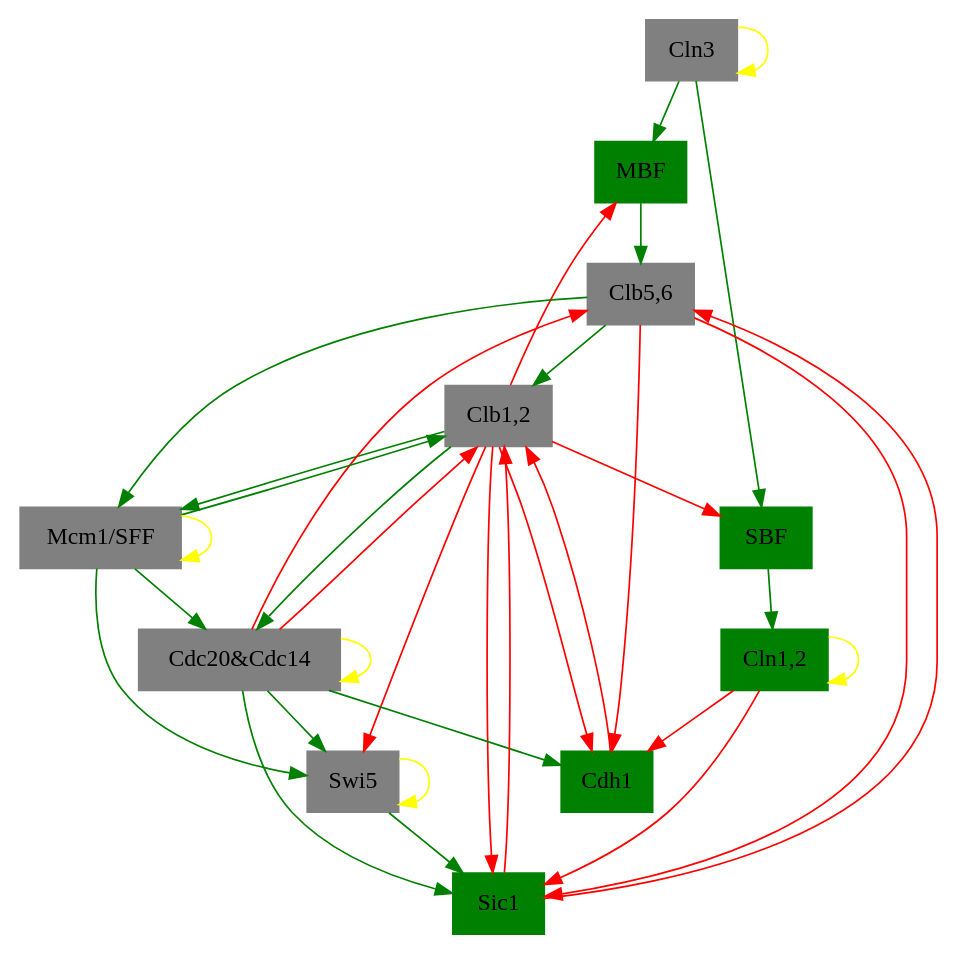
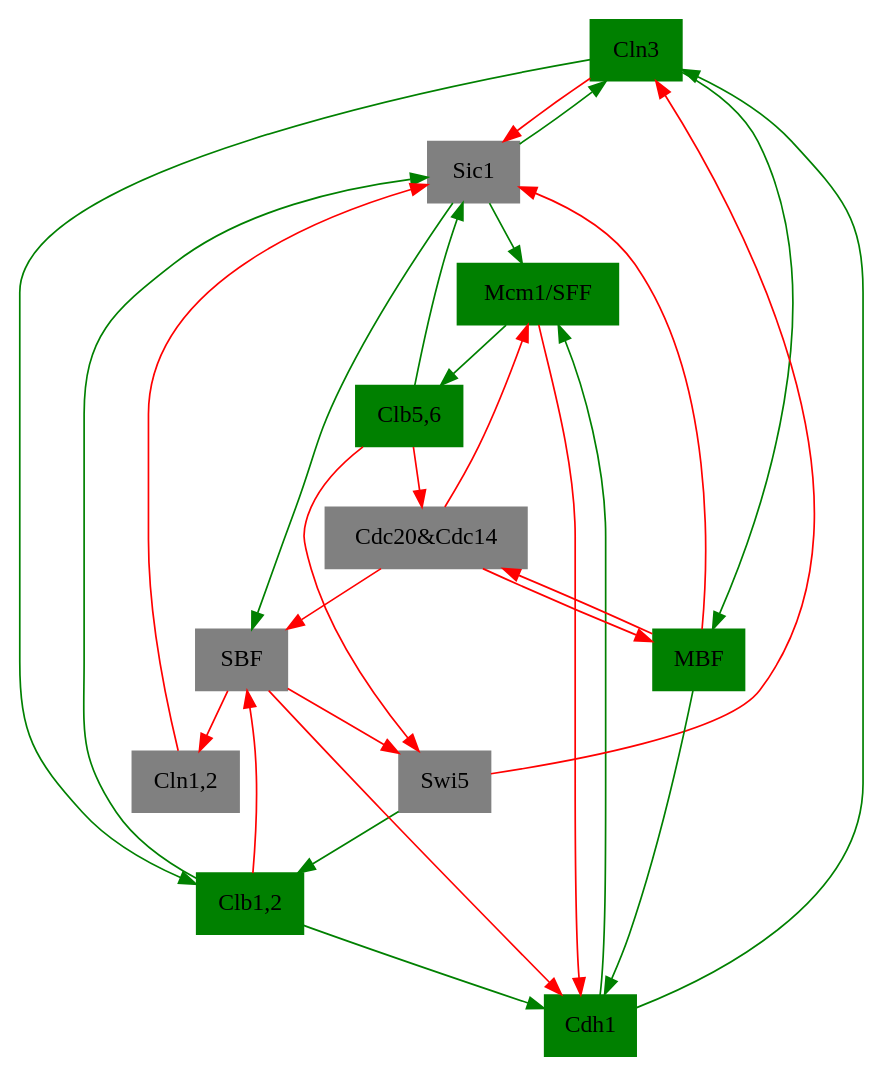
The diagram in 3.gv (ellaqezi/cellCycle), drawn with Graphviz before and after one commit. The commit also changed 7 other files, not shown here.

```diff
--- a/3.gv
+++ b/3.gv
@@ -1,70 +1,59 @@
-digraph 01111000100  {
-"Cln3" [shape=box, color=gray, style=filled];
-	edge [color=yellow]; 
-	"Cln3" -> "Cln3";
+digraph 11001001011  {
+"Cln3" [shape=box, color=green, style=filled];
+	edge [color=green]; 
+	"Cdh1" -> "Cln3";
+	"Sic1" -> "Cln3";
+	edge [color=red]; 
+	"Swi5" -> "Cln3";
 "MBF" [shape=box, color=green, style=filled];
 	edge [color=green]; 
 	"Cln3" -> "MBF";
 	edge [color=red]; 
-	"Clb1,2" -> "MBF";
-"SBF" [shape=box, color=green, style=filled];
+	"Cdc20&Cdc14" -> "MBF";
+"SBF" [shape=box, color=gray, style=filled];
 	edge [color=green]; 
-	"Cln3" -> "SBF";
+	"Sic1" -> "SBF";
 	edge [color=red]; 
+	"Cdc20&Cdc14" -> "SBF";
 	"Clb1,2" -> "SBF";
-"Cln1,2" [shape=box, color=green, style=filled];
-	edge [color=yellow]; 
-	"Cln1,2" -> "Cln1,2";
-	edge [color=green]; 
+"Cln1,2" [shape=box, color=gray, style=filled];
+	edge [color=red]; 
 	"SBF" -> "Cln1,2";
 "Cdh1" [shape=box, color=green, style=filled];
 	edge [color=green]; 
-	"Cdc20&Cdc14" -> "Cdh1";
+	"Clb1,2" -> "Cdh1";
+	"MBF" -> "Cdh1";
 	edge [color=red]; 
-	"Clb1,2" -> "Cdh1";
-	"Clb5,6" -> "Cdh1";
-	"Cln1,2" -> "Cdh1";
+	"Mcm1/SFF" -> "Cdh1";
+	"SBF" -> "Cdh1";
 "Swi5" [shape=box, color=gray, style=filled];
-	edge [color=yellow]; 
-	"Swi5" -> "Swi5";
+	edge [color=red]; 
+	"Clb5,6" -> "Swi5";
+	"SBF" -> "Swi5";
+"Cdc20&Cdc14" [shape=box, color=gray, style=filled];
+	edge [color=red]; 
+	"Clb5,6" -> "Cdc20&Cdc14";
+	"MBF" -> "Cdc20&Cdc14";
+"Clb5,6" [shape=box, color=green, style=filled];
 	edge [color=green]; 
-	"Cdc20&Cdc14" -> "Swi5";
-	"Mcm1/SFF" -> "Swi5";
-	edge [color=red]; 
-	"Clb1,2" -> "Swi5";
-"Cdc20&Cdc14" [shape=box, color=gray, style=filled];
-	edge [color=yellow]; 
-	"Cdc20&Cdc14" -> "Cdc20&Cdc14";
+	"Mcm1/SFF" -> "Clb5,6";
+"Sic1" [shape=box, color=gray, style=filled];
 	edge [color=green]; 
-	"Clb1,2" -> "Cdc20&Cdc14";
-	"Mcm1/SFF" -> "Cdc20&Cdc14";
-"Clb5,6" [shape=box, color=gray, style=filled];
-	edge [color=green]; 
-	"MBF" -> "Clb5,6";
-	edge [color=red]; 
-	"Cdc20&Cdc14" -> "Clb5,6";
-	"Sic1" -> "Clb5,6";
-"Sic1" [shape=box, color=green, style=filled];
-	edge [color=green]; 
-	"Cdc20&Cdc14" -> "Sic1";
-	"Swi5" -> "Sic1";
-	edge [color=red]; 
 	"Clb1,2" -> "Sic1";
 	"Clb5,6" -> "Sic1";
+	edge [color=red]; 
 	"Cln1,2" -> "Sic1";
-"Clb1,2" [shape=box, color=gray, style=filled];
+	"Cln3" -> "Sic1";
+	"MBF" -> "Sic1";
+"Clb1,2" [shape=box, color=green, style=filled];
 	edge [color=green]; 
-	"Clb5,6" -> "Clb1,2";
-	"Mcm1/SFF" -> "Clb1,2";
+	"Cln3" -> "Clb1,2";
+	"Swi5" -> "Clb1,2";
+"Mcm1/SFF" [shape=box, color=green, style=filled];
+	edge [color=green]; 
+	"Cdh1" -> "Mcm1/SFF";
+	"Sic1" -> "Mcm1/SFF";
 	edge [color=red]; 
-	"Cdc20&Cdc14" -> "Clb1,2";
-	"Cdh1" -> "Clb1,2";
-	"Sic1" -> "Clb1,2";
-"Mcm1/SFF" [shape=box, color=gray, style=filled];
-	edge [color=yellow]; 
-	"Mcm1/SFF" -> "Mcm1/SFF";
-	edge [color=green]; 
-	"Clb1,2" -> "Mcm1/SFF";
-	"Clb5,6" -> "Mcm1/SFF";
+	"Cdc20&Cdc14" -> "Mcm1/SFF";
 
 }
```
